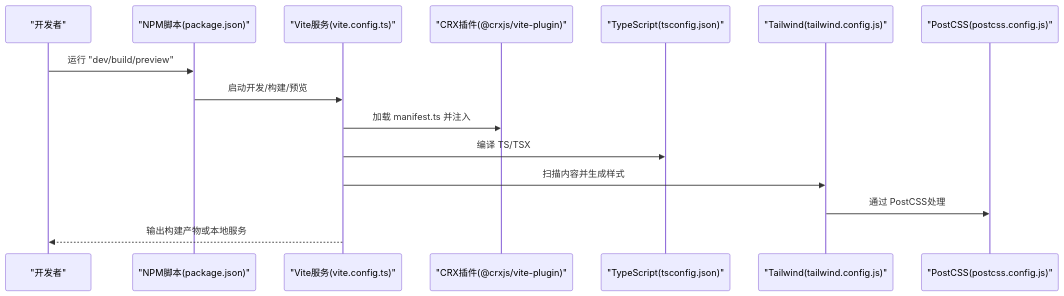
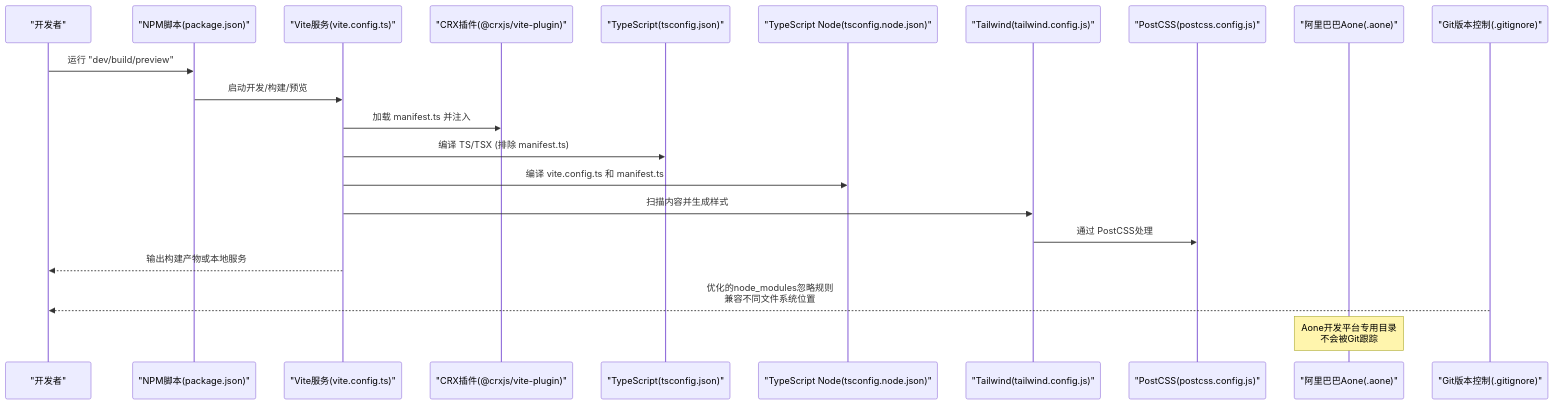
Before and after one commit to RadiumAg/bilibili-favorites: the second of 7 diagrams in .qoder/repowiki/zh/content/开发指南/构建配置详解.md, drawn with Mermaid. The commit also changed other lines of this file and 27 other files, not shown here.

````diff
--- a/.qoder/repowiki/zh/content/开发指南/构建配置详解.md
+++ b/.qoder/repowiki/zh/content/开发指南/构建配置详解.md
@@ -111,17 +131,23 @@
 ```mermaid
 sequenceDiagram
 participant Dev as "开发者"
 participant NPM as "NPM脚本(package.json)"
 participant Vite as "Vite服务(vite.config.ts)"
 participant CRX as "CRX插件(@crxjs/vite-plugin)"
 participant TS as "TypeScript(tsconfig.json)"
+participant TSNode as "TypeScript Node(tsconfig.node.json)"
 participant TW as "Tailwind(tailwind.config.js)"
 participant PC as "PostCSS(postcss.config.js)"
+participant Aone as "阿里巴巴Aone(.aone)"
+participant Git as "Git版本控制(.gitignore)"
 Dev->>NPM : 运行 "dev/build/preview"
 NPM->>Vite : 启动开发/构建/预览
 Vite->>CRX : 加载 manifest.ts 并注入
-Vite->>TS : 编译 TS/TSX
+Vite->>TS : 编译 TS/TSX (排除 manifest.ts)
+Vite->>TSNode : 编译 vite.config.ts 和 manifest.ts
 Vite->>TW : 扫描内容并生成样式
 TW->>PC : 通过 PostCSS处理
 Vite-->>Dev : 输出构建产物或本地服务
+Git-->>Dev : 优化的node_modules忽略规则<br/>兼容不同文件系统位置
+Note over Aone : Aone开发平台专用目录<br/>不会被Git跟踪
 ```
````
